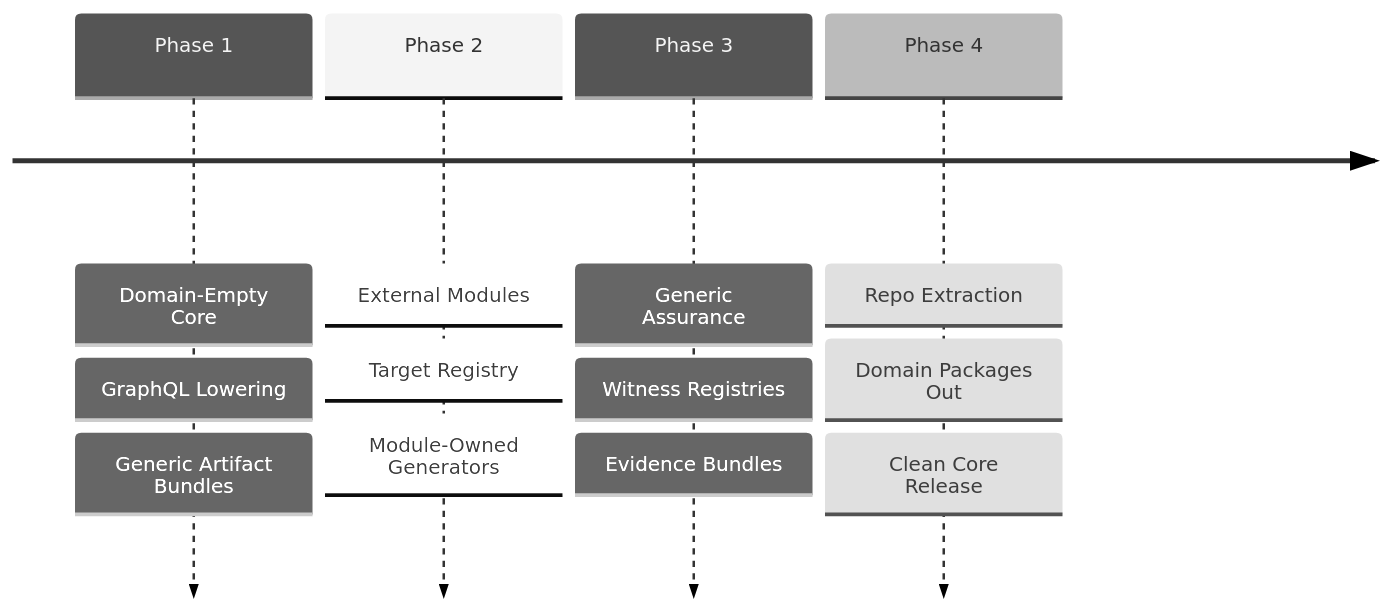
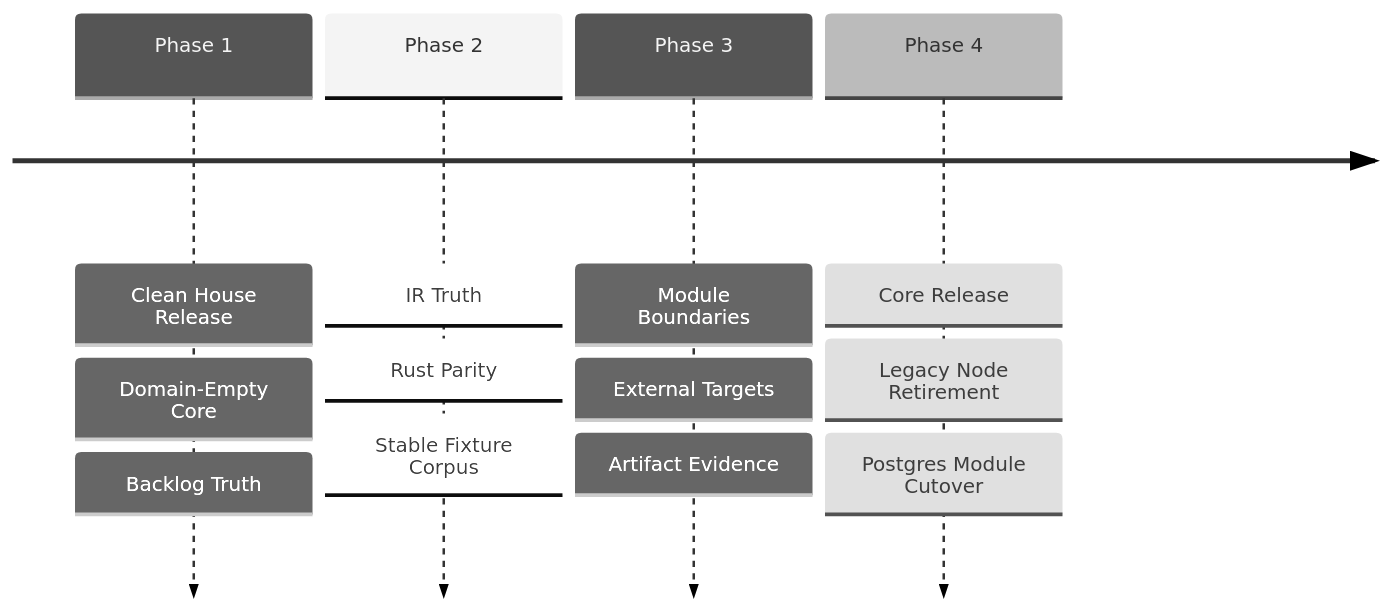
Before and after one commit to flyingrobots/wesley: the diagram in docs/BEARING.md, drawn with Mermaid (neutral theme). The commit also changed other lines of this file and 23 other files, not shown here.

Commit message:
docs(backlog): set clean-house Wesley bearing

````diff
--- a/docs/BEARING.md
+++ b/docs/BEARING.md
@@ -6,7 +7,7 @@
 ```mermaid
 timeline
-    Phase 1 : Domain-Empty Core : GraphQL Lowering : Generic Artifact Bundles
-    Phase 2 : External Modules : Target Registry : Module-Owned Generators
-    Phase 3 : Generic Assurance : Witness Registries : Evidence Bundles
-    Phase 4 : Repo Extraction : Domain Packages Out : Clean Core Release
+    Phase 1 : Clean House Release : Domain-Empty Core : Backlog Truth
+    Phase 2 : IR Truth : Rust Parity : Stable Fixture Corpus
+    Phase 3 : Module Boundaries : External Targets : Artifact Evidence
+    Phase 4 : Core Release : Legacy Node Retirement : Postgres Module Cutover
 ```
````
